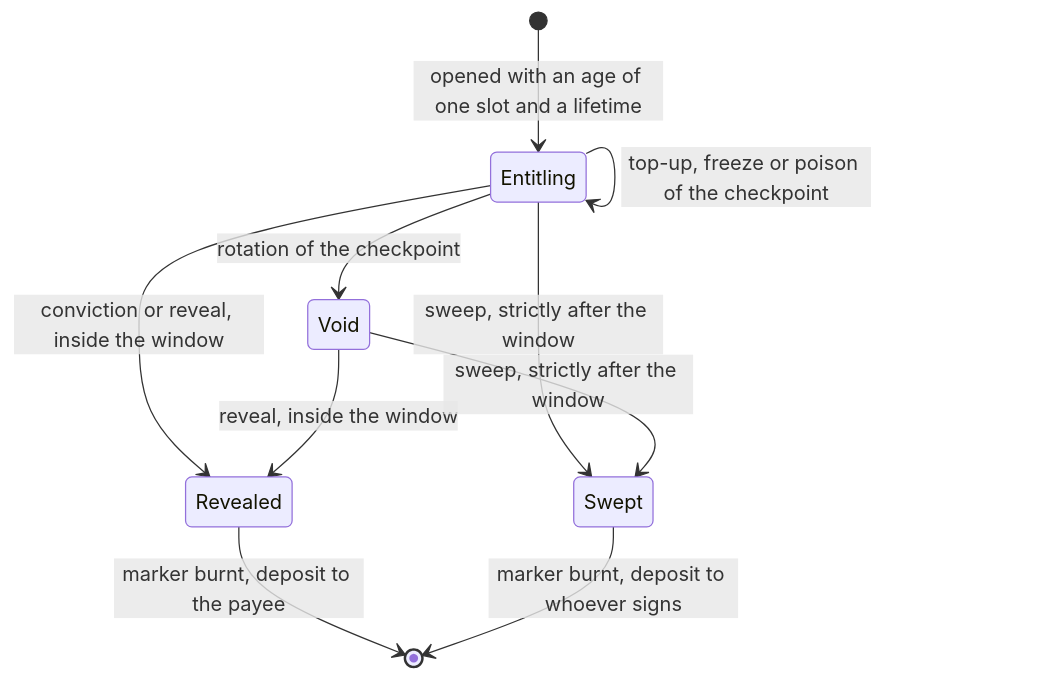
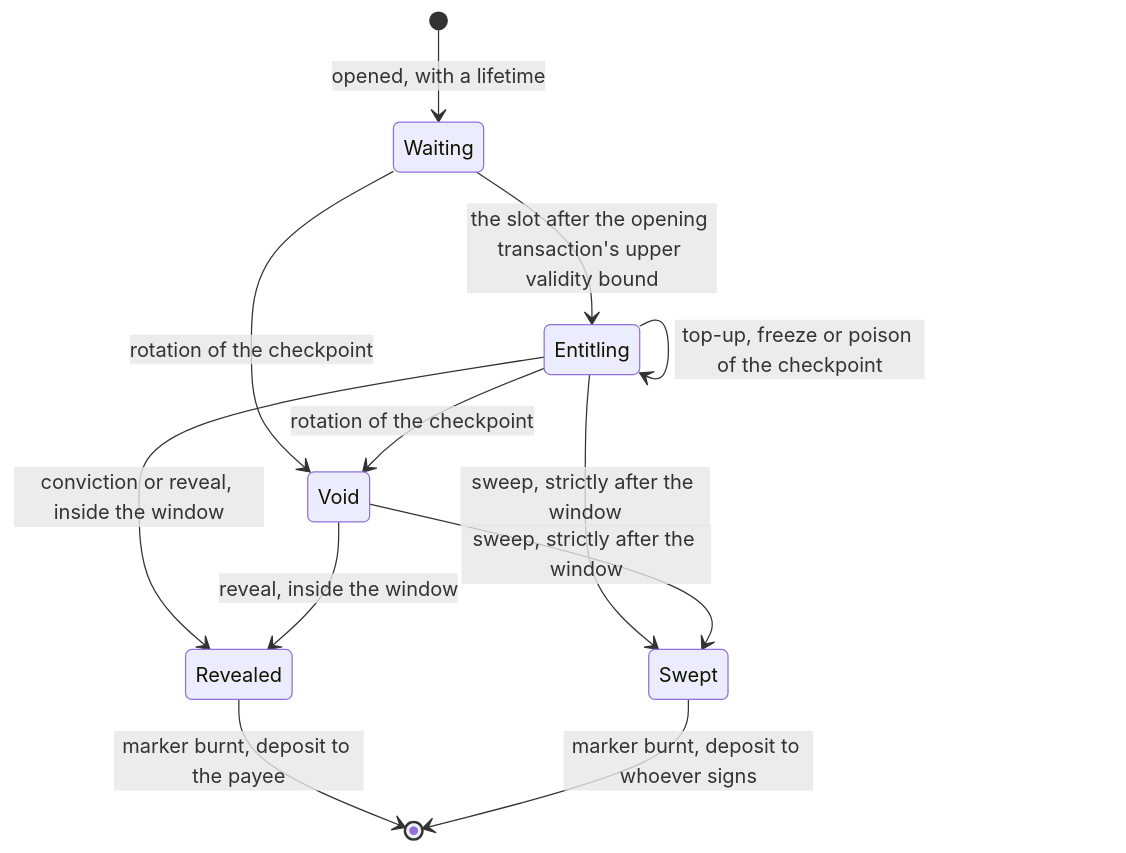
Before and after one commit to lambdasistemi/cardano-keri: the third of 3 diagrams in docs/design/trust-model.md, drawn with Mermaid. The commit also changed other lines of this file and 13 other files, not shown here.

````diff
--- a/docs/design/trust-model.md
+++ b/docs/design/trust-model.md
@@ -311,12 +322,14 @@
 ```mermaid
 stateDiagram-v2
-  [*] --> Entitling: opened with an age of one slot and a lifetime
+  [*] --> Waiting: opened, with a lifetime
+  Waiting --> Entitling: the slot after the opening transaction's upper validity bound
+  Waiting --> Void: rotation of the checkpoint
   Entitling --> Entitling: top-up, freeze or poison of the checkpoint
   Entitling --> Void: rotation of the checkpoint
   Entitling --> Revealed: conviction or reveal, inside the window
   Entitling --> Swept: sweep, strictly after the window
   Void --> Revealed: reveal, inside the window
   Void --> Swept: sweep, strictly after the window
   Revealed --> [*]: marker burnt, deposit to the payee
   Swept --> [*]: marker burnt, deposit to whoever signs
 ```
````
